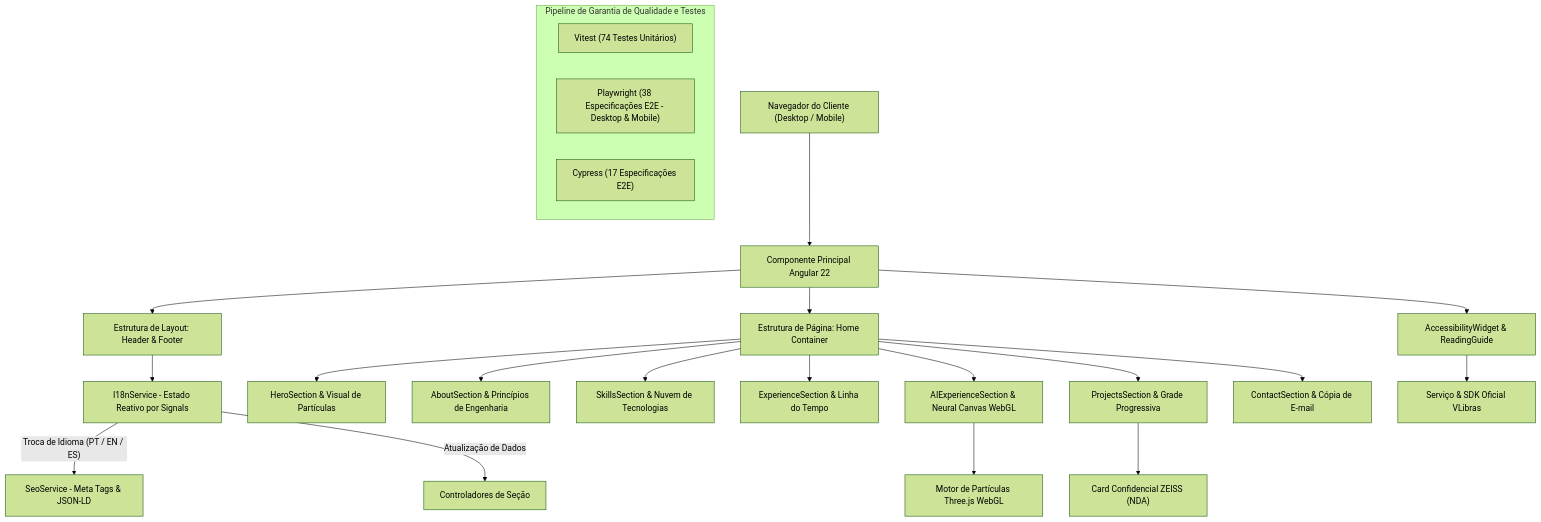
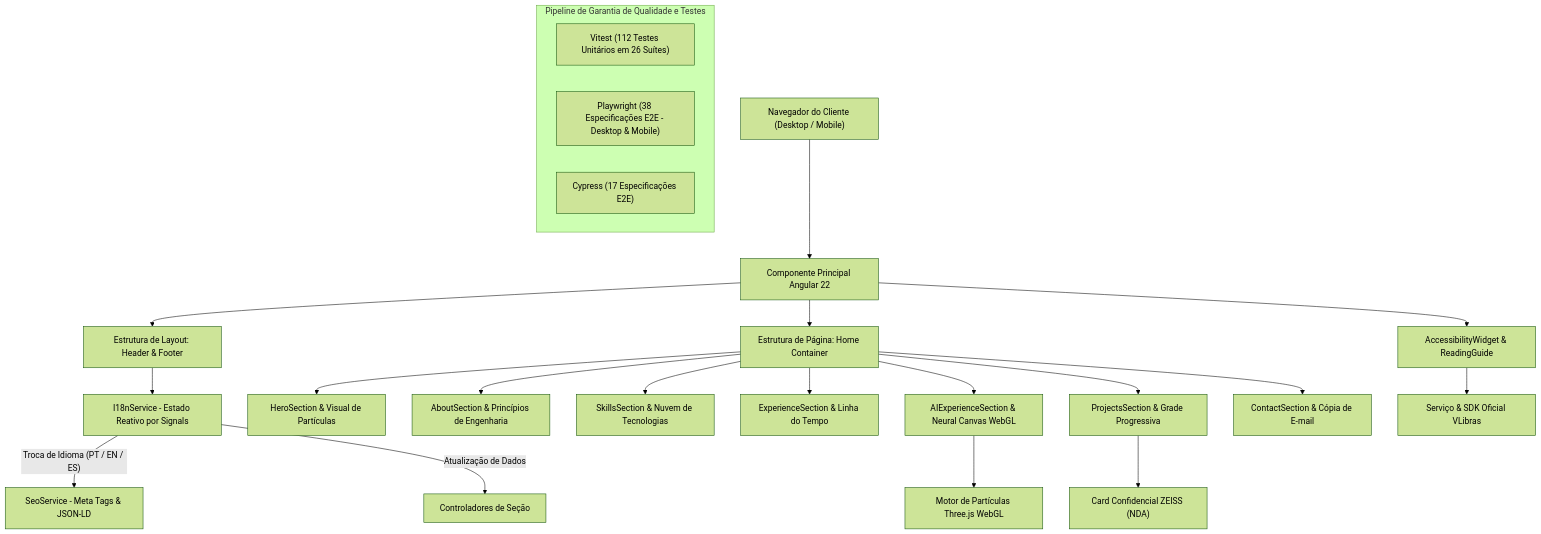
The second of 2 diagrams in README.md (DevYuriVieira/portfolio), drawn with Mermaid (forest theme) before and after one commit. The commit also changed other lines of this file and 4 other files, not shown here.

````diff
--- a/README.md
+++ b/README.md
@@ -461,30 +501,30 @@
 ```mermaid
 flowchart TD
     A["Navegador do Cliente (Desktop / Mobile)"] --> B["Componente Principal Angular 22"]
     
     B --> C["Estrutura de Layout: Header & Footer"]
     B --> D["Estrutura de Página: Home Container"]
     
     C --> E["I18nService - Estado Reativo por Signals"]
     E -- "Troca de Idioma (PT / EN / ES)" --> F["SeoService - Meta Tags & JSON-LD"]
     E -- "Atualização de Dados" --> G["Controladores de Seção"]
     
     D --> H1["HeroSection & Visual de Partículas"]
     D --> H2["AboutSection & Princípios de Engenharia"]
     D --> H3["SkillsSection & Nuvem de Tecnologias"]
     D --> H4["ExperienceSection & Linha do Tempo"]
     D --> H5["AIExperienceSection & Neural Canvas WebGL"]
     D --> H6["ProjectsSection & Grade Progressiva"]
     D --> H7["ContactSection & Cópia de E-mail"]
     
     H5 --> I["Motor de Partículas Three.js WebGL"]
     H6 --> J["Card Confidencial ZEISS (NDA)"]
     B --> A11y["AccessibilityWidget & ReadingGuide"]
     A11y --> VLibras["Serviço & SDK Oficial VLibras"]
     
     subgraph "Pipeline de Garantia de Qualidade e Testes"
-        K1["Vitest (74 Testes Unitários)"]
+        K1["Vitest (112 Testes Unitários em 26 Suítes)"]
         K2["Playwright (38 Especificações E2E - Desktop & Mobile)"]
         K3["Cypress (17 Especificações E2E)"]
     end
 ```
````
